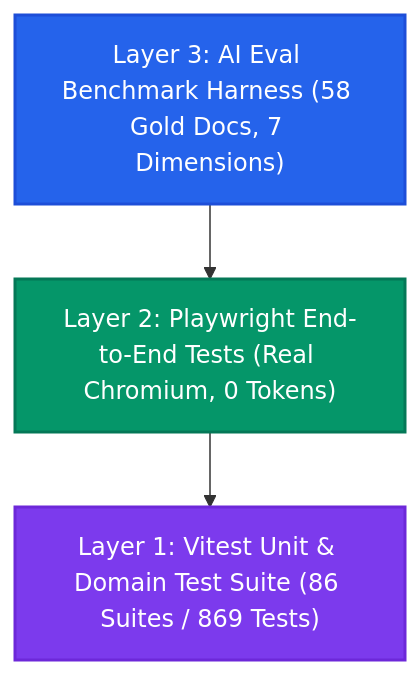
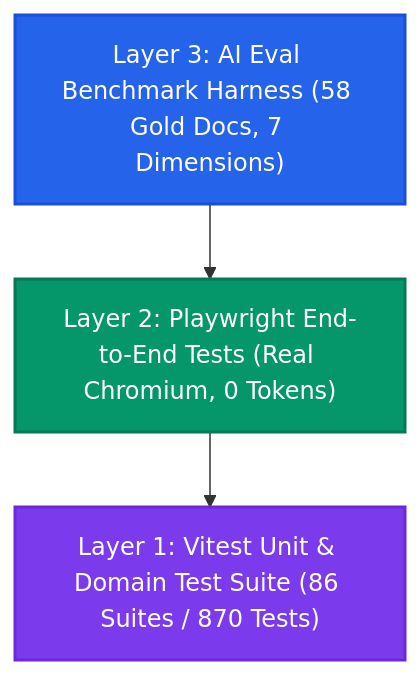
The diagram in docs/TESTING_AND_CI.md (BradshawAsher/dillon-ai), drawn with Mermaid before and after one commit. The commit also changed other lines of this file and 12 other files, not shown here.

````diff
--- a/docs/TESTING_AND_CI.md
+++ b/docs/TESTING_AND_CI.md
@@ -9,8 +9,8 @@
 ```mermaid
 graph TD
     A["Layer 3: AI Eval Benchmark Harness (58 Gold Docs, 7 Dimensions)"] --> B["Layer 2: Playwright End-to-End Tests (Real Chromium, 0 Tokens)"]
-    B --> C["Layer 1: Vitest Unit & Domain Test Suite (86 Suites / 869 Tests)"]
+    B --> C["Layer 1: Vitest Unit & Domain Test Suite (86 Suites / 870 Tests)"]
     style A fill:#2563eb,stroke:#1d4ed8,stroke-width:2px,color:#fff
     style B fill:#059669,stroke:#047857,stroke-width:2px,color:#fff
     style C fill:#7c3aed,stroke:#6d28d9,stroke-width:2px,color:#fff
 ```
````
